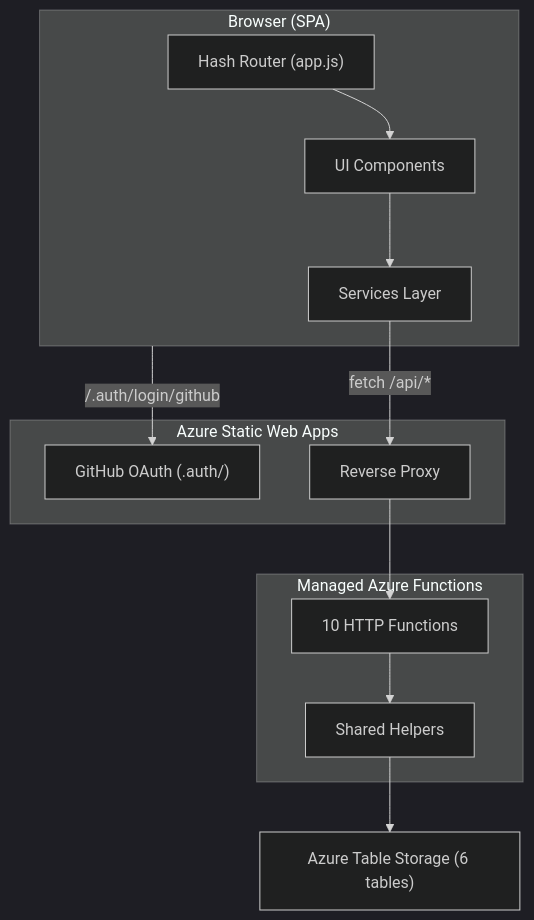
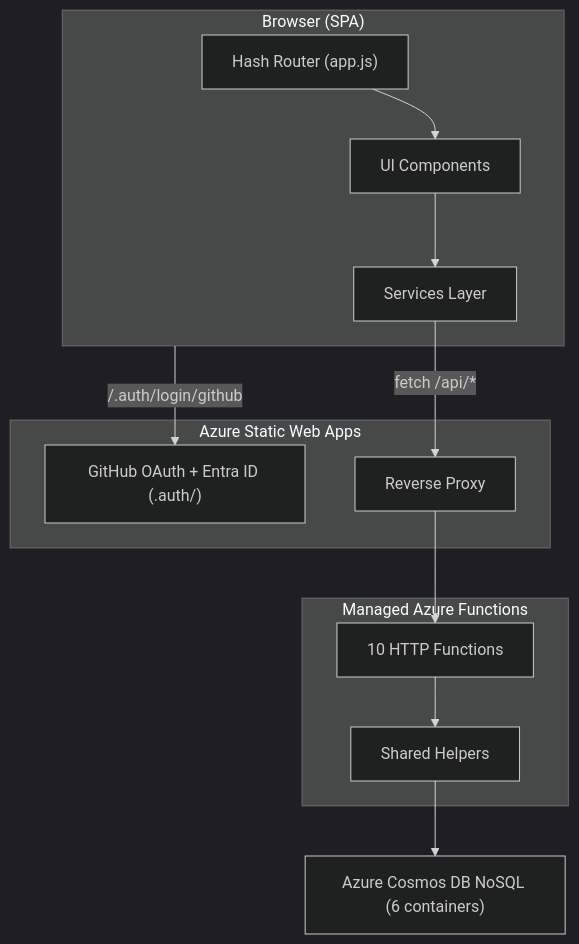
Before and after one commit to jonathan-vella/hacker-board: the first of 2 diagrams in docs/app-design.md, drawn with Mermaid (dark theme). The commit also changed other lines of this file and 54 other files, not shown here.

Commit message:
docs: sync cosmos db + entra architecture and governance notes

````diff
--- a/docs/app-design.md
+++ b/docs/app-design.md
@@ -31,28 +31,28 @@
 ```mermaid
 graph TB
     subgraph Browser["Browser (SPA)"]
         Router["Hash Router (app.js)"]
         Components["UI Components"]
         Services["Services Layer"]
     end
 
     subgraph SWA["Azure Static Web Apps"]
-        Auth["GitHub OAuth (.auth/)"]
+        Auth["GitHub OAuth + Entra ID (.auth/)"]
         Proxy["Reverse Proxy"]
     end
 
     subgraph API["Managed Azure Functions"]
         Endpoints["10 HTTP Functions"]
         Shared["Shared Helpers"]
     end
 
-    Storage["Azure Table Storage (6 tables)"]
+    Storage["Azure Cosmos DB NoSQL (6 containers)"]
 
     Router --> Components
     Components --> Services
     Services -->|fetch /api/*| Proxy
     Browser -->|/.auth/login/github| Auth
     Proxy --> Endpoints
     Endpoints --> Shared
     Shared --> Storage
 ```
````
